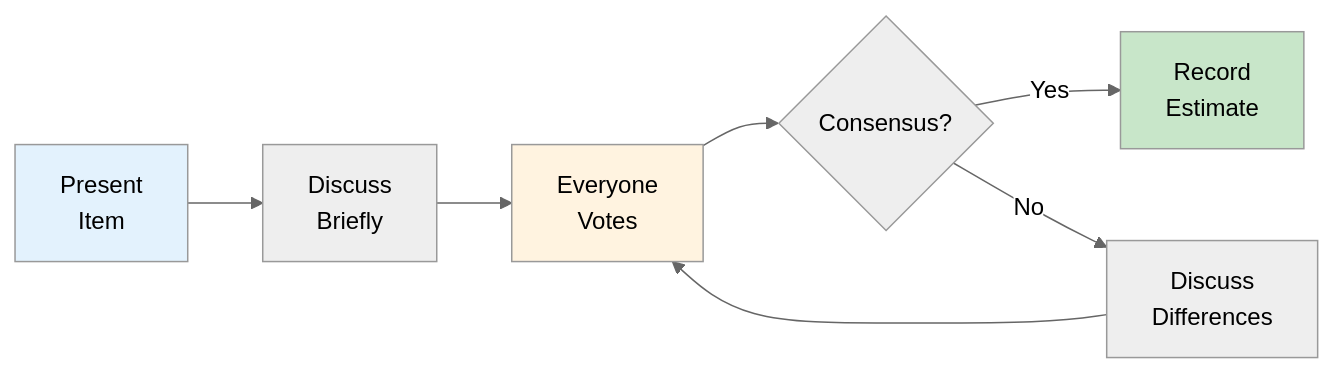
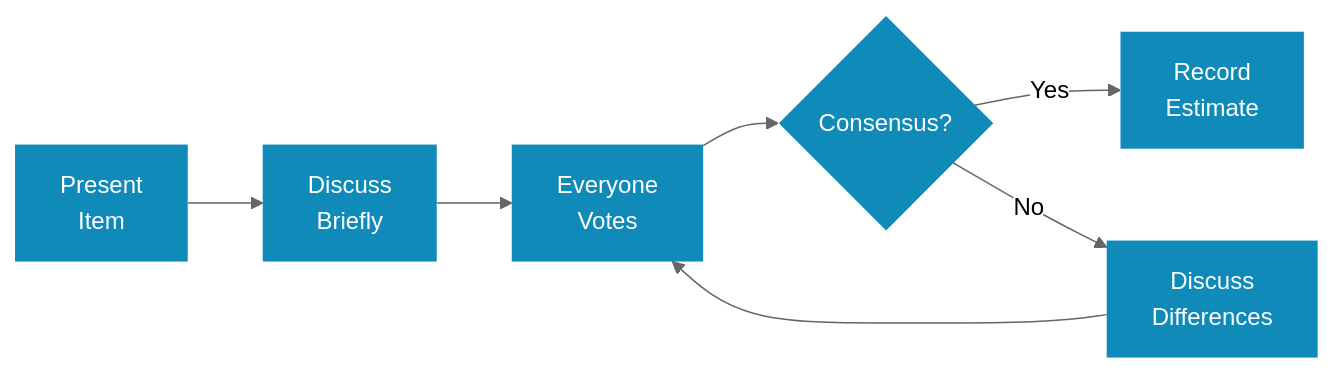
One commit to kevinmcaleer/kevstemplates.com changed the first of 2 diagrams in _pages/planning/estimation.md. Above: the diagram before and after it, drawn with Mermaid (neutral theme). The commit also changed other lines of this file and 72 other files, not shown here.

```diff
--- a/_pages/planning/estimation.md
+++ b/_pages/planning/estimation.md
@@ -55,13 +55,12 @@
 <div class="mermaid">
 flowchart LR
     A[Present\nItem] --> B[Discuss\nBriefly]
     B --> C[Everyone\nVotes]
     C --> D{Consensus?}
     D -->|Yes| E[Record\nEstimate]
     D -->|No| F[Discuss\nDifferences]
     F --> C
 
-    style A fill:#e3f2fd
-    style C fill:#fff3e0
-    style E fill:#c8e6c9
+    classDef blue fill:#108BB9,stroke:none,color:#fff
+    class A,B,C,D,E,F blue
 </div>
```
